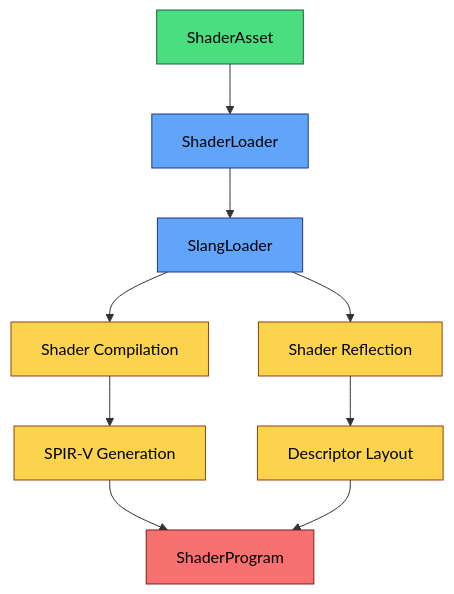
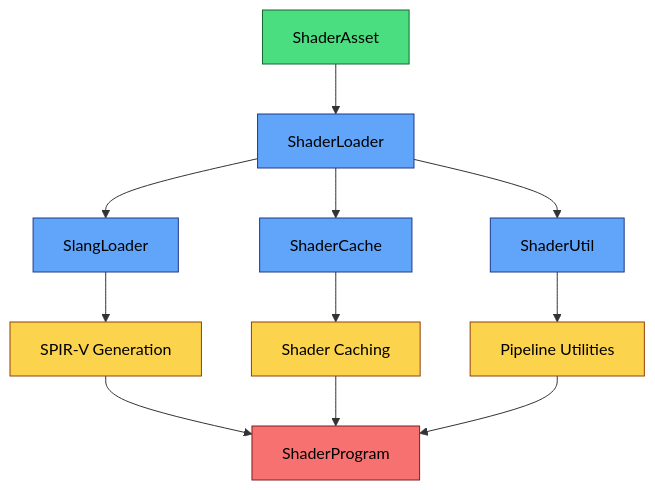
Before and after one commit to K1ngst0m/Aphrodite: the sixth of 6 diagrams in src/resource/README.org, drawn with Mermaid. The commit also changed other lines of this file and 10 other files, not shown here.

Commit message:
shader loader restructure

```diff
--- a/src/resource/README.org
+++ b/src/resource/README.org
@@ -496,24 +505,25 @@
 #+BEGIN_SRC mermaid
 graph TD
     SA[ShaderAsset] --> SL[ShaderLoader]
     SL --> SlangL[SlangLoader]
+    SL --> SC[ShaderCache]
+    SL --> SU[ShaderUtil]
     
-    SlangL --> SC[Shader Compilation]
-    SlangL --> SR[Shader Reflection]
-    
-    SC --> SPIRV[SPIR-V Generation]
-    SR --> DL[Descriptor Layout]
+    SlangL --> SPIRV[SPIR-V Generation]
+    SC --> Caching[Shader Caching]
+    SU --> Util[Pipeline Utilities]
     
     SPIRV --> SP[ShaderProgram]
-    DL --> SP
+    Caching --> SP
+    Util --> SP
     
     classDef asset fill:#4ade80,stroke:#166534,color:#000,stroke-width:1px
     classDef loader fill:#60a5fa,stroke:#1e3a8a,color:#000,stroke-width:1px
     classDef process fill:#fcd34d,stroke:#92400e,color:#000,stroke-width:1px
     classDef output fill:#f87171,stroke:#7f1d1d,color:#000,stroke-width:1px
     
     class SA asset
-    class SL,SlangL loader
-    class SC,SR,SPIRV,DL process
+    class SL,SlangL,SC,SU loader
+    class SPIRV,Caching,Util process
     class SP output
 #+END_SRC
```
